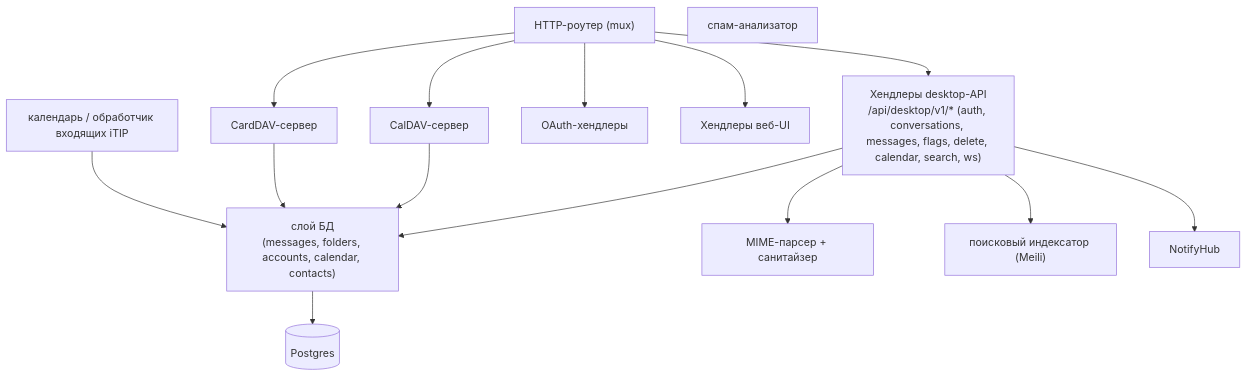
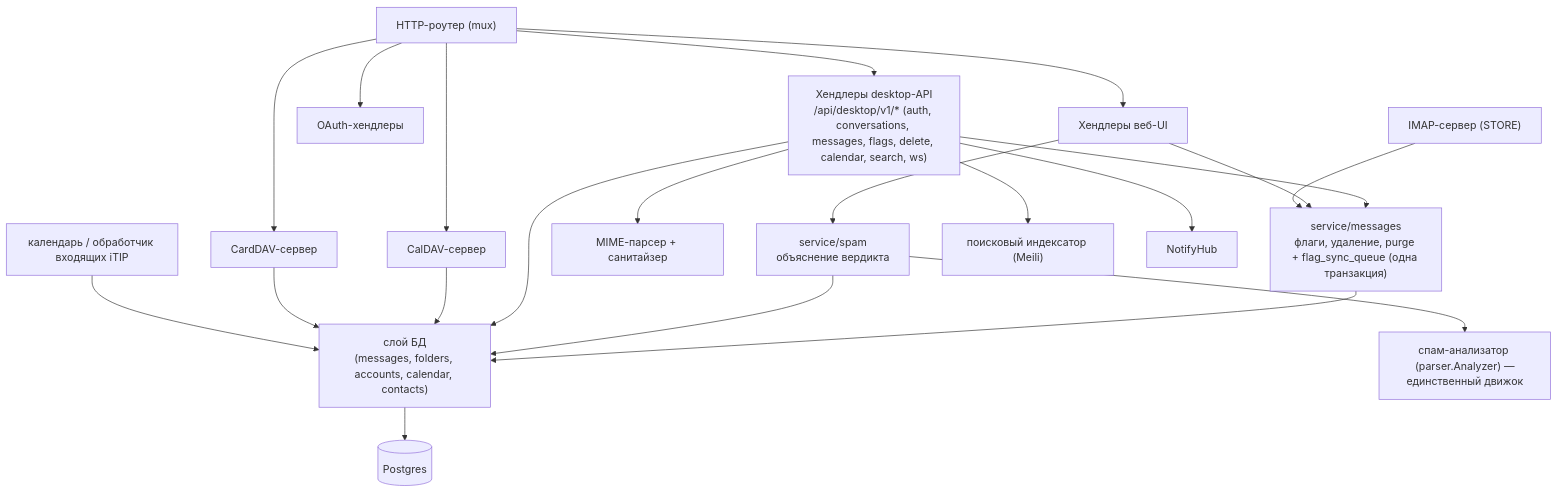
The third of 5 diagrams in docs/architecture-c4.md (ddletotam/ddmailserver), drawn with Mermaid before and after one commit. The commit also changed other lines of this file and 8 other files, not shown here.

````diff
--- a/docs/architecture-c4.md
+++ b/docs/architecture-c4.md
@@ -104,26 +104,36 @@
 ```mermaid
 graph TD
     router["HTTP-роутер (mux)"]
     desk["Хендлеры desktop-API<br/>/api/desktop/v1/* (auth, conversations, messages, flags, delete, calendar, search, ws)"]
     caldav["CalDAV-сервер"]
     carddav["CardDAV-сервер"]
     oauthh["OAuth-хендлеры"]
     webui["Хендлеры веб-UI"]
 
+    msgsvc["service/messages<br/>флаги, удаление, purge + flag_sync_queue (одна транзакция)"]
+    spamsvc["service/spam<br/>объяснение вердикта"]
+    imapsrv["IMAP-сервер (STORE)"]
     dbl["слой БД<br/>(messages, folders, accounts, calendar, contacts)"]
     parser["MIME-парсер + санитайзер"]
     cal["календарь / обработчик входящих iTIP"]
-    spam["спам-анализатор"]
+    spam["спам-анализатор (parser.Analyzer) —<br/>единственный движок"]
     idx["поисковый индексатор (Meili)"]
     hub["NotifyHub"]
 
     router --> desk & caldav & carddav & oauthh & webui
+    desk --> msgsvc
+    webui --> msgsvc
+    imapsrv --> msgsvc
+    webui --> spamsvc
+    msgsvc --> dbl
+    spamsvc --> spam
+    spamsvc --> dbl
     desk --> dbl
     desk --> idx
     desk --> hub
     caldav --> dbl
     carddav --> dbl
     desk --> parser
     dbl --> pg[("Postgres")]
     cal --> dbl
 ```
````
